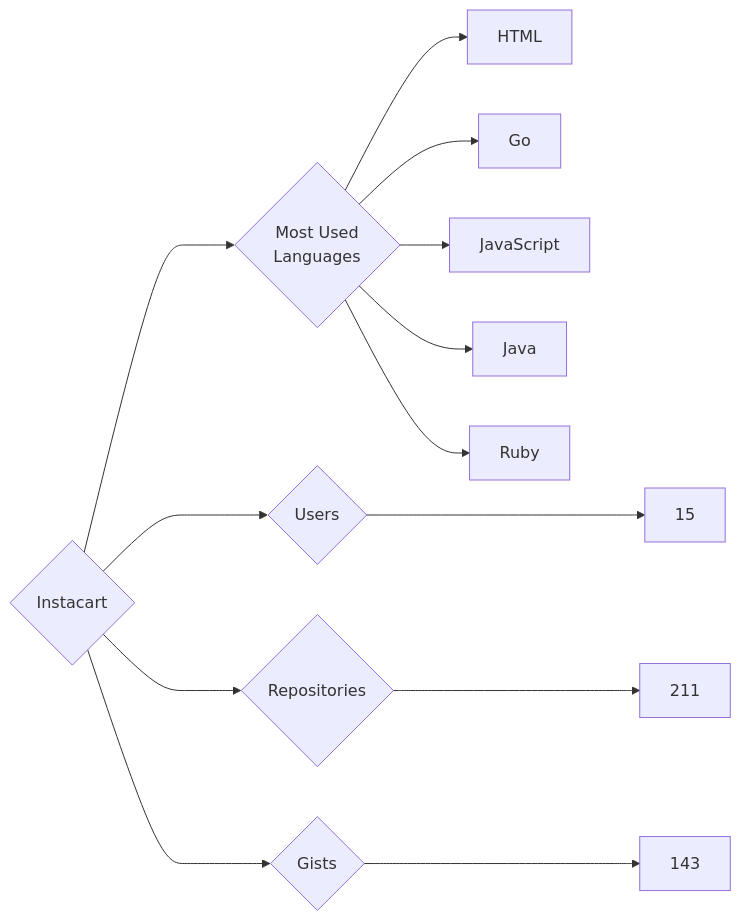
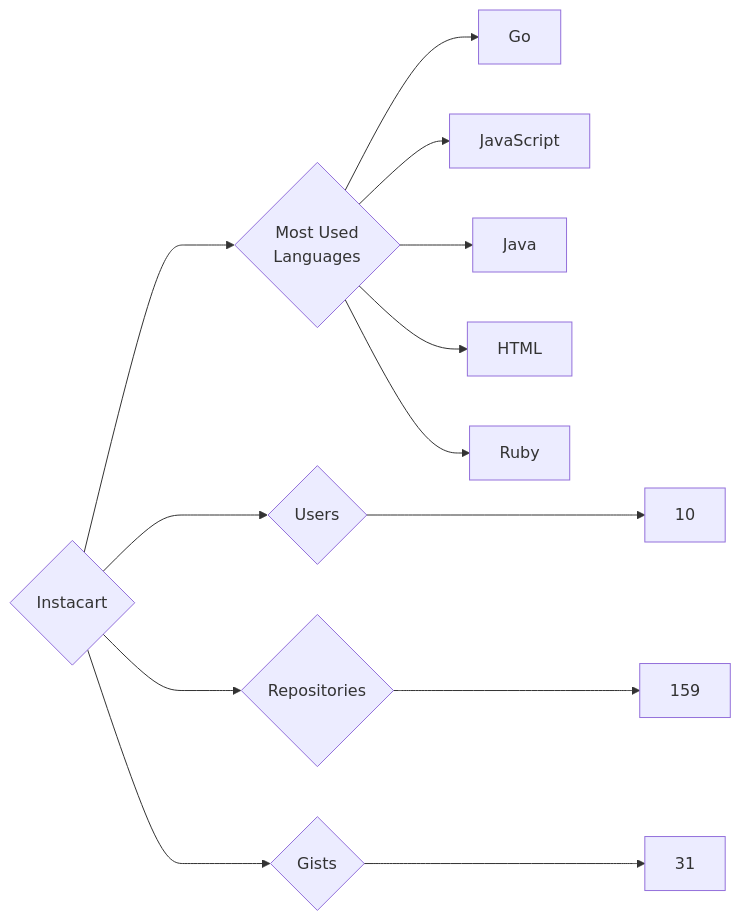
One commit to trickest/insiders changed the diagram in targets/Instacart/README.md. Above: the diagram before and after it, drawn with Mermaid. The commit also changed 640 other files, not shown here.

````diff
--- a/targets/Instacart/README.md
+++ b/targets/Instacart/README.md
@@ -3,13 +3,13 @@
 ```mermaid
 graph LR
 COMPANY_NAME{Instacart}
-COMPANY_NAME ---> U{Users} ---> UN[15]
-COMPANY_NAME ---> R{Repositories} ---> RN[211]
-COMPANY_NAME ---> G{Gists} ---> GN[143]
+COMPANY_NAME ---> U{Users} ---> UN[10]
+COMPANY_NAME ---> R{Repositories} ---> RN[159]
+COMPANY_NAME ---> G{Gists} ---> GN[31]
 COMPANY_NAME ---> ML{Most Used<br>Languages}
-ML --> HTML[HTML]
 ML --> Go[Go]
 ML --> JavaScript[JavaScript]
 ML --> Java[Java]
+ML --> HTML[HTML]
 ML --> Ruby[Ruby]
 ```
````
